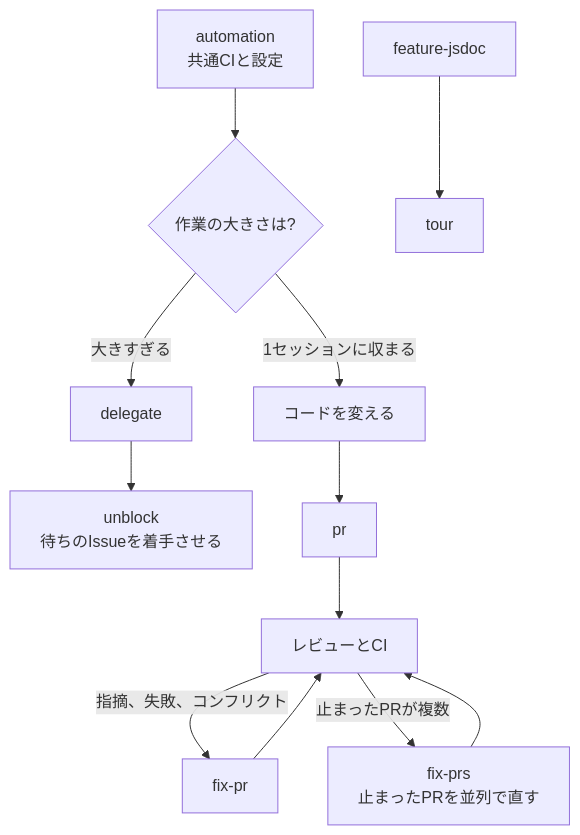
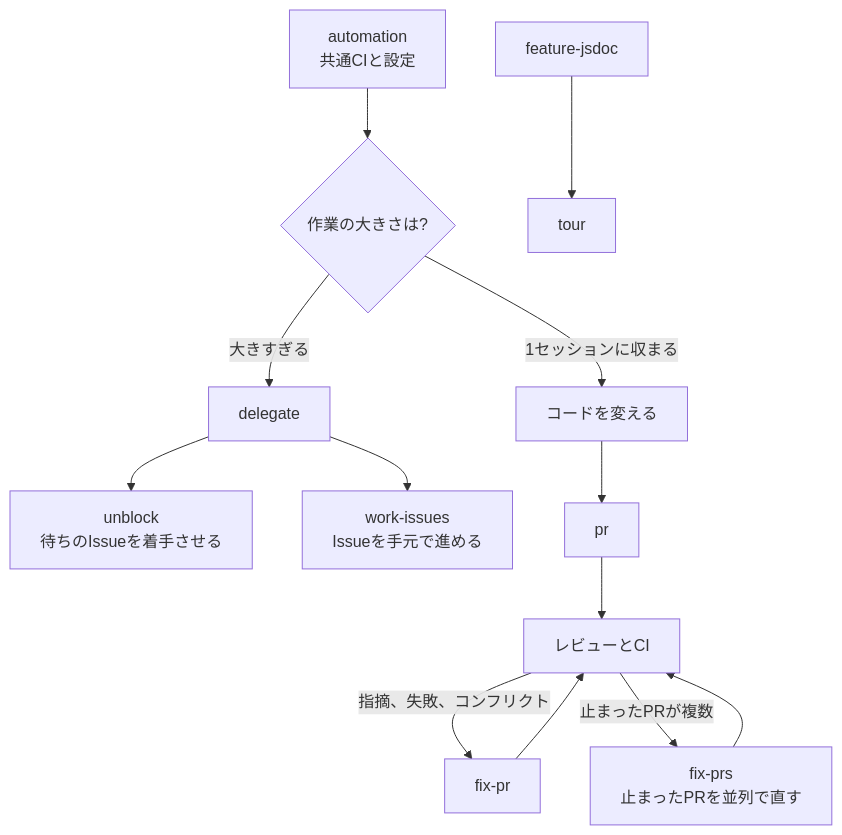
One commit to omni-stove/skill-kit changed the diagram in domains/code/README.ja.md. Above: the diagram before and after it, drawn with Mermaid. The commit also changed other lines of this file and 35 other files, not shown here.

````diff
--- a/domains/code/README.ja.md
+++ b/domains/code/README.ja.md
@@ -8,15 +8,16 @@
 ```mermaid
 flowchart TD
   automation[automation<br/>共通CIと設定] --> work
   jsdoc[feature-jsdoc] --> tour[tour]
   work{作業の大きさは?}
   work -- "1セッションに収まる" --> change[コードを変える]
   work -- "大きすぎる" --> issue[delegate]
   issue --> unblock[unblock<br/>待ちのIssueを着手させる]
+  issue --> local[work-issues<br/>Issueを手元で進める]
   change --> pr[pr]
   pr --> review[レビューとCI]
   review -- "指摘、失敗、コンフリクト" --> fixpr[fix-pr]
   fixpr --> review
   review -- "止まったPRが複数" --> fixprs[fix-prs<br/>止まったPRを並列で直す]
   fixprs --> review
 ```
````
